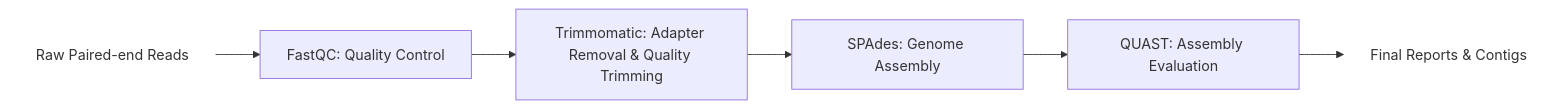
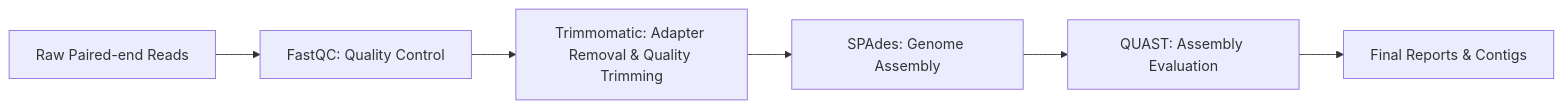
The diagram in bash-genome-assembly-pipeline/README.md (sergiodealencar/bioinformatics-engineering-portfolio), drawn with Mermaid before and after one commit.

````diff
--- a/bash-genome-assembly-pipeline/README.md
+++ b/bash-genome-assembly-pipeline/README.md
@@ -11,12 +11,8 @@
 ```mermaid
 flowchart LR
     A[Raw Paired-end Reads] --> B[FastQC: Quality Control]
     B --> C[Trimmomatic: Adapter Removal & Quality Trimming]
     C --> D[SPAdes: Genome Assembly]
     D --> E[QUAST: Assembly Evaluation]
     E --> F[Final Reports & Contigs]
-
-  %% Add spacing
-  style A fill:none,stroke:none
-  style F fill:none,stroke:none
 ```
````
